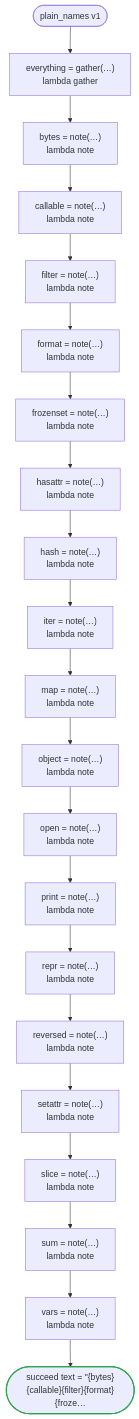
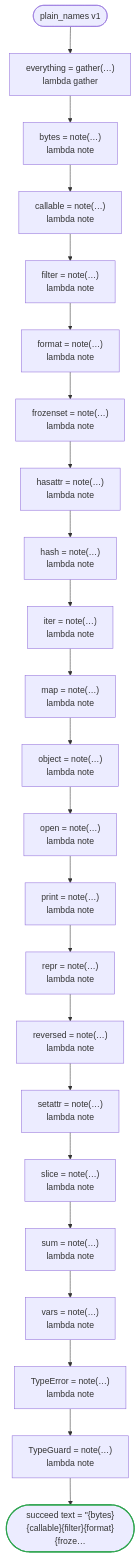
Before and after one commit to i2y/ritsu: the diagram in crates/dandori/tests/doc/tests-flows-plain_names.en.md, drawn with Mermaid. The commit also changed other lines of this file and 4819 other files, not shown here.

````diff
--- a/crates/dandori/tests/doc/tests-flows-plain_names.en.md
+++ b/crates/dandori/tests/doc/tests-flows-plain_names.en.md
@@ -9,47 +9,51 @@
 ```mermaid
 flowchart TD
     start(["plain_names v1"])
     s1["everything = gather(…)<br>lambda gather"]
     s2["bytes = note(…)<br>lambda note"]
     s3["callable = note(…)<br>lambda note"]
     s4["filter = note(…)<br>lambda note"]
     s5["format = note(…)<br>lambda note"]
     s6["frozenset = note(…)<br>lambda note"]
     s7["hasattr = note(…)<br>lambda note"]
     s8["hash = note(…)<br>lambda note"]
     s9["iter = note(…)<br>lambda note"]
     s10["map = note(…)<br>lambda note"]
     s11["object = note(…)<br>lambda note"]
     s12["open = note(…)<br>lambda note"]
     s13["print = note(…)<br>lambda note"]
     s14["repr = note(…)<br>lambda note"]
     s15["reversed = note(…)<br>lambda note"]
     s16["setattr = note(…)<br>lambda note"]
     s17["slice = note(…)<br>lambda note"]
     s18["sum = note(…)<br>lambda note"]
     s19["vars = note(…)<br>lambda note"]
-    s20(["succeed text = #quot;{bytes}{callable}{filter}{format}{froze…"])
+    s20["TypeError = note(…)<br>lambda note"]
+    s21["TypeGuard = note(…)<br>lambda note"]
+    s22(["succeed text = #quot;{bytes}{callable}{filter}{format}{froze…"])
     start --> s1
     s1 --> s2
     s2 --> s3
     s3 --> s4
     s4 --> s5
     s5 --> s6
     s6 --> s7
     s7 --> s8
     s8 --> s9
     s9 --> s10
     s10 --> s11
     s11 --> s12
     s12 --> s13
     s13 --> s14
     s14 --> s15
     s15 --> s16
     s16 --> s17
     s17 --> s18
     s18 --> s19
     s19 --> s20
+    s20 --> s21
+    s21 --> s22
     classDef ok stroke:#2da44e,stroke-width:2px
     classDef bad stroke:#cf222e,stroke-width:2px
-    class s20 ok
+    class s22 ok
 ```
````
